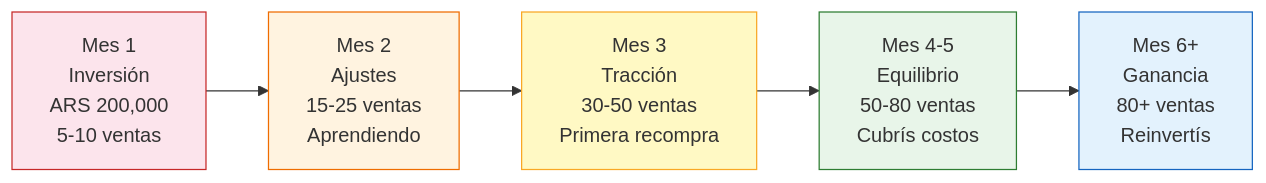
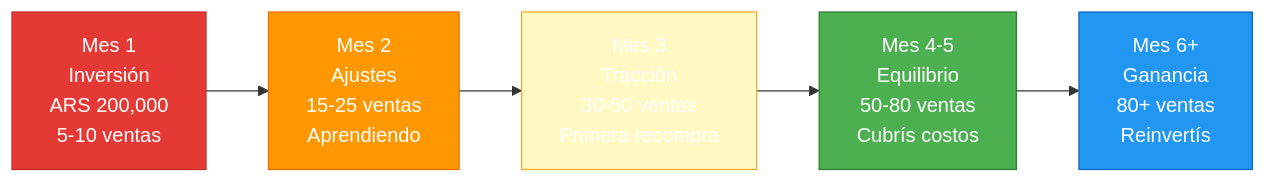
Before and after one commit to barrosignacioezequiel-coder/docs: the second of 2 diagrams in app/paso1-argentina/empezar-de-cero/capital-inicial.mdx, drawn with Mermaid. The commit also changed other lines of this file and 66 other files, not shown here.

First line of the commit message:
fix: resolve Mermaid v11 numbered list errors + improve contrast

````diff
--- a/app/paso1-argentina/empezar-de-cero/capital-inicial.mdx
+++ b/app/paso1-argentina/empezar-de-cero/capital-inicial.mdx
@@ -126,13 +126,13 @@
 ```mermaid
 graph LR
     A["Mes 1<br/>Inversión<br/>ARS 200,000<br/>5-10 ventas"] --> B["Mes 2<br/>Ajustes<br/>15-25 ventas<br/>Aprendiendo"]
     B --> C["Mes 3<br/>Tracción<br/>30-50 ventas<br/>Primera recompra"]
     C --> D["Mes 4-5<br/>Equilibrio<br/>50-80 ventas<br/>Cubrís costos"]
     D --> E["Mes 6+<br/>Ganancia<br/>80+ ventas<br/>Reinvertís"]
 
-    style A fill:#fce4ec,stroke:#c62828
-    style B fill:#fff3e0,stroke:#ef6c00
-    style C fill:#fff9c4,stroke:#f9a825
-    style D fill:#e8f5e9,stroke:#2e7d32
-    style E fill:#e3f2fd,stroke:#1565c0
+    style A fill:#e53935,stroke:#c62828,color:#fff
+    style B fill:#ff9800,stroke:#ef6c00,color:#fff
+    style C fill:#fff9c4,stroke:#f9a825,color:#fff
+    style D fill:#4caf50,stroke:#2e7d32,color:#fff
+    style E fill:#2196f3,stroke:#1565c0,color:#fff
 ```
````
